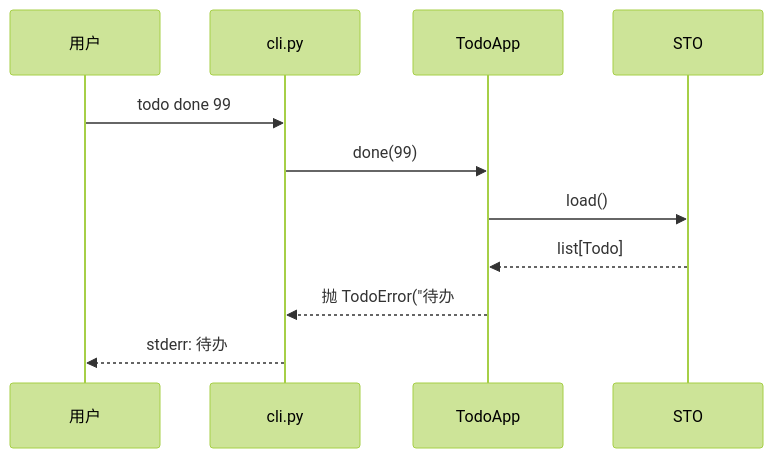
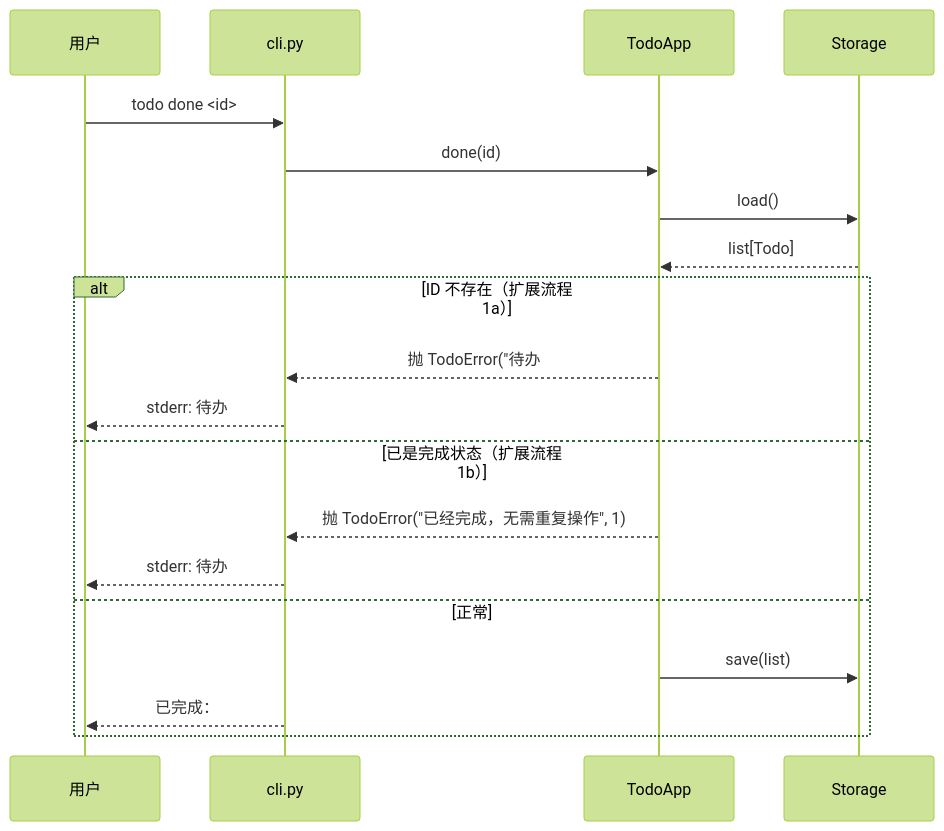
One commit to ChiangyangNPU/spec-pilot changed the fifth of 7 diagrams in examples/todo-cli/docs/02-design.md. Above: the diagram before and after it, drawn with Mermaid (forest theme). The commit also changed other lines of this file and 1 other file, not shown here.

````diff
--- a/examples/todo-cli/docs/02-design.md
+++ b/examples/todo-cli/docs/02-design.md
@@ -105,12 +115,21 @@
 ```mermaid
 sequenceDiagram
     participant U as 用户
     participant CLI as cli.py
     participant APP as TodoApp
-    U->>CLI: todo done 99
-    CLI->>APP: done(99)
+    participant STO as Storage
+    U->>CLI: todo done <id>
+    CLI->>APP: done(id)
     APP->>STO: load()
     STO-->>APP: list[Todo]
-    APP-->>CLI: 抛 TodoError("待办 #99 不存在", 1)
-    CLI-->>U: stderr: 待办 #99 不存在（退出码 1）
+    alt ID 不存在（扩展流程 1a）
+        APP-->>CLI: 抛 TodoError("待办 #id 不存在", 1)
+        CLI-->>U: stderr: 待办 #id 不存在（退出码 1）
+    else 已是完成状态（扩展流程 1b）
+        APP-->>CLI: 抛 TodoError("已经完成，无需重复操作", 1)
+        CLI-->>U: stderr: 待办 #id 已经完成（退出码 1）
+    else 正常
+        APP->>STO: save(list)
+        CLI-->>U: 已完成：#id（退出码 0）
+    end
 ```
````
